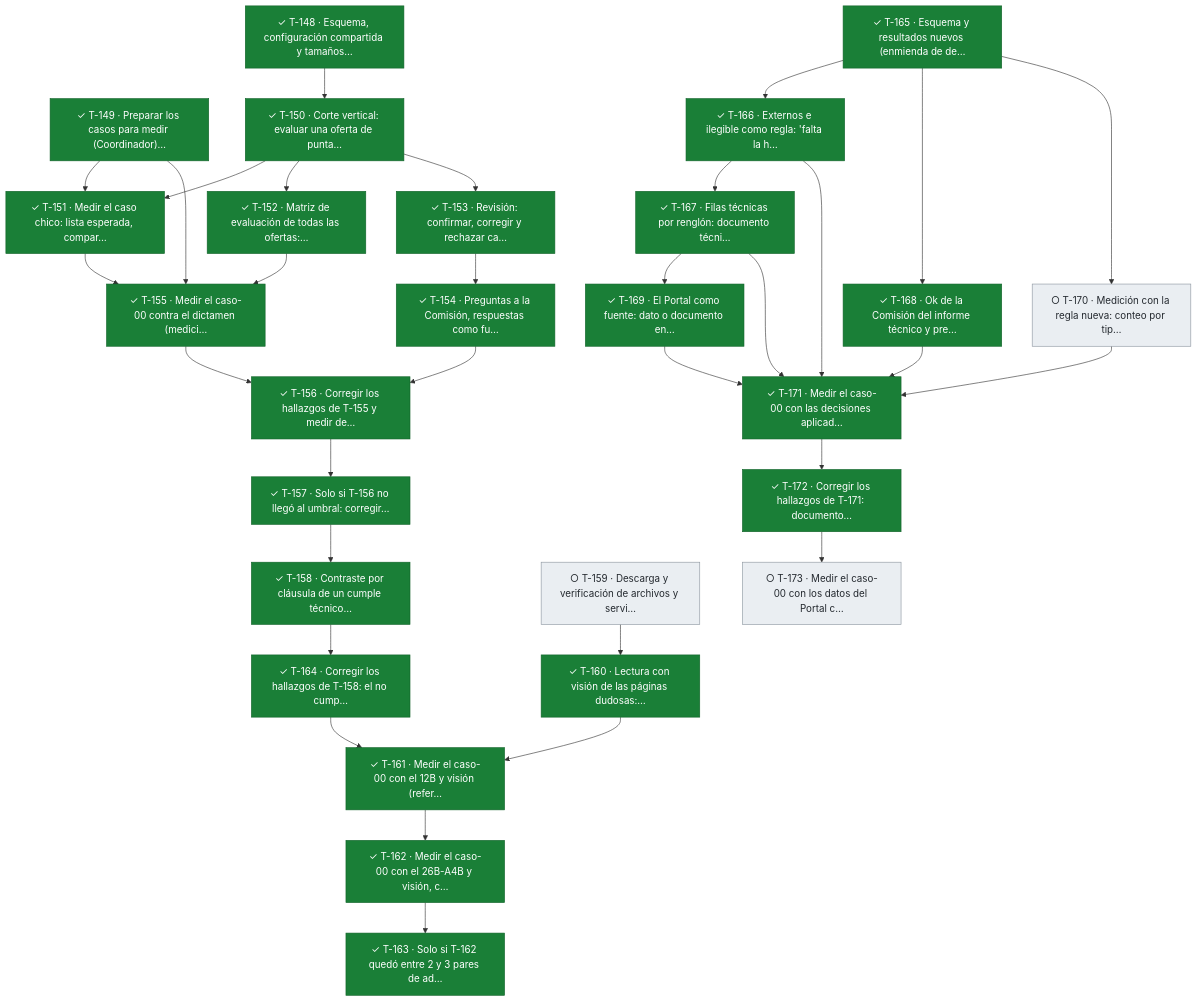
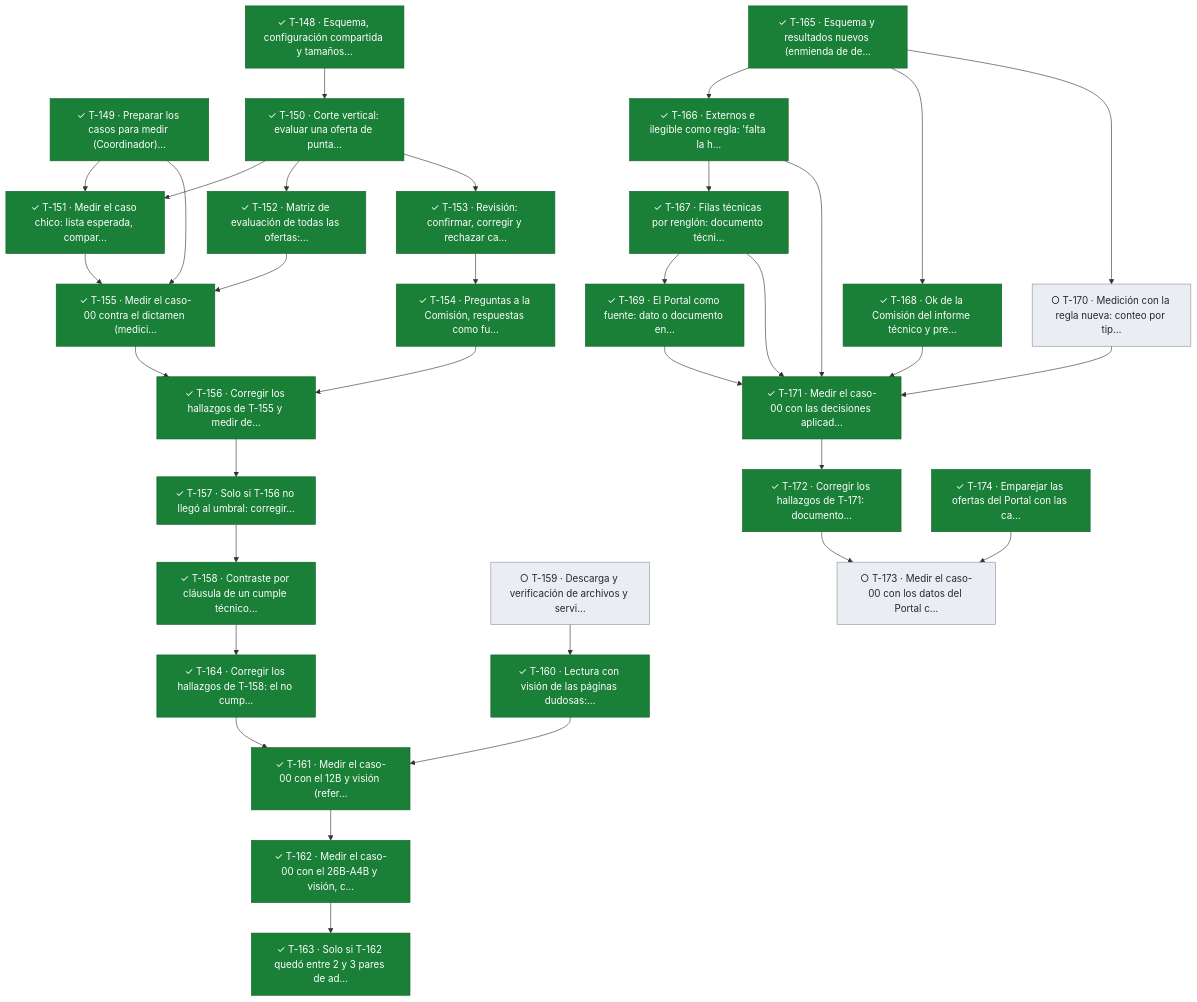
The seventh of 11 diagrams in docs/tablero.md (snavello/EVALUON), drawn with Mermaid before and after one commit. The commit also changed other lines of this file and 1 other file, not shown here.

````diff
--- a/docs/tablero.md
+++ b/docs/tablero.md
@@ -701,65 +702,67 @@
 ```mermaid
 flowchart TD
   T148["✓ T-148 · Esquema, configuración compartida y tamaños…"]:::done
   T149["✓ T-149 · Preparar los casos para medir (Coordinador)…"]:::done
   T150["✓ T-150 · Corte vertical: evaluar una oferta de punta…"]:::done
   T151["✓ T-151 · Medir el caso chico: lista esperada, compar…"]:::done
   T152["✓ T-152 · Matriz de evaluación de todas las ofertas:…"]:::done
   T153["✓ T-153 · Revisión: confirmar, corregir y rechazar ca…"]:::done
   T154["✓ T-154 · Preguntas a la Comisión, respuestas como fu…"]:::done
   T155["✓ T-155 · Medir el caso-00 contra el dictamen (medici…"]:::done
   T156["✓ T-156 · Corregir los hallazgos de T-155 y medir de…"]:::done
   T157["✓ T-157 · Solo si T-156 no llegó al umbral: corregir…"]:::done
   T158["✓ T-158 · Contraste por cláusula de un cumple técnico…"]:::done
   T164["✓ T-164 · Corregir los hallazgos de T-158: el no cump…"]:::done
   T159["○ T-159 · Descarga y verificación de archivos y servi…"]:::todo
   T160["✓ T-160 · Lectura con visión de las páginas dudosas:…"]:::done
   T161["✓ T-161 · Medir el caso-00 con el 12B y visión (refer…"]:::done
   T162["✓ T-162 · Medir el caso-00 con el 26B-A4B y visión, c…"]:::done
   T163["✓ T-163 · Solo si T-162 quedó entre 2 y 3 pares de ad…"]:::done
   T165["✓ T-165 · Esquema y resultados nuevos (enmienda de de…"]:::done
   T166["✓ T-166 · Externos e ilegible como regla: 'falta la h…"]:::done
   T167["✓ T-167 · Filas técnicas por renglón: documento técni…"]:::done
   T168["✓ T-168 · Ok de la Comisión del informe técnico y pre…"]:::done
   T169["✓ T-169 · El Portal como fuente: dato o documento en…"]:::done
   T170["○ T-170 · Medición con la regla nueva: conteo por tip…"]:::todo
   T171["✓ T-171 · Medir el caso-00 con las decisiones aplicad…"]:::done
   T172["✓ T-172 · Corregir los hallazgos de T-171: documento…"]:::done
   T173["○ T-173 · Medir el caso-00 con los datos del Portal c…"]:::todo
+  T174["✓ T-174 · Emparejar las ofertas del Portal con las ca…"]:::done
   T148 --> T150
   T149 --> T151
   T150 --> T151
   T150 --> T152
   T150 --> T153
   T153 --> T154
   T149 --> T155
   T151 --> T155
   T152 --> T155
   T154 --> T156
   T155 --> T156
   T156 --> T157
   T157 --> T158
   T158 --> T164
   T159 --> T160
   T160 --> T161
   T164 --> T161
   T161 --> T162
   T162 --> T163
   T165 --> T166
   T166 --> T167
   T165 --> T168
   T167 --> T169
   T165 --> T170
   T166 --> T171
   T167 --> T171
   T168 --> T171
   T169 --> T171
   T170 --> T171
   T171 --> T172
   T172 --> T173
+  T174 --> T173
   classDef done fill:#1a7f37,stroke:#116329,color:#ffffff
   classDef review fill:#0969da,stroke:#0550ae,color:#ffffff
   classDef active fill:#bf8700,stroke:#7d4e00,color:#ffffff
   classDef blocked fill:#cf222e,stroke:#a40e26,color:#ffffff
   classDef todo fill:#eaeef2,stroke:#8c959f,color:#24292f
 ```
````
